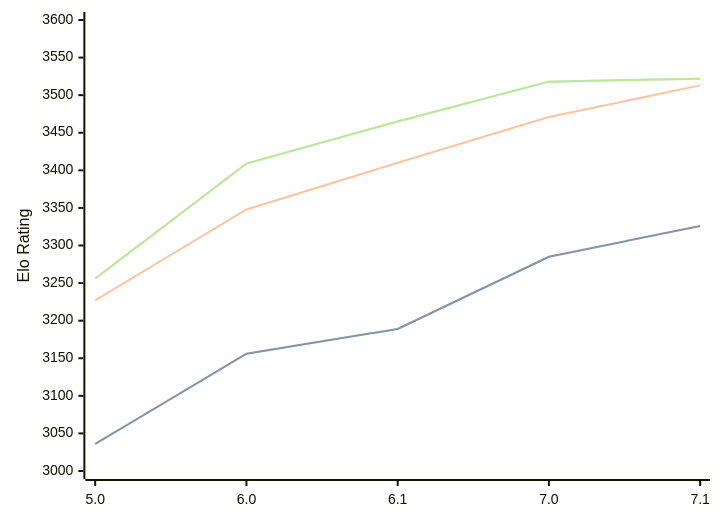
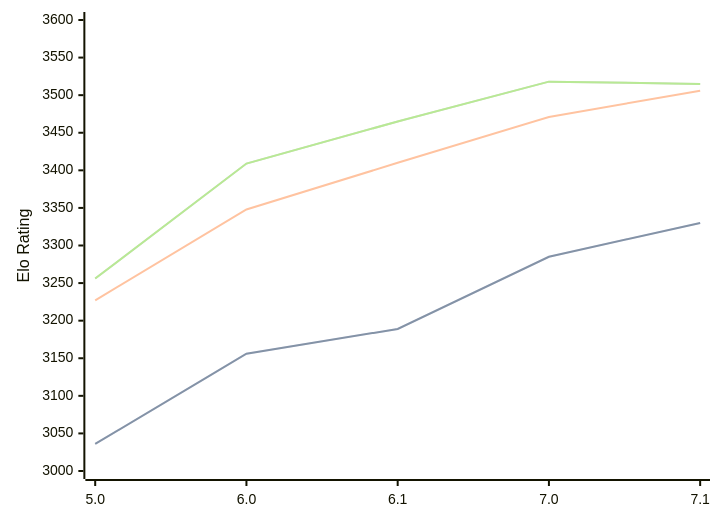
Before and after one commit to computer-chess-index/cci: the first of 3 diagrams in engines/PZChessBot.md, drawn with Mermaid. The commit also changed other lines of this file, not shown here.

Commit message:
Update CCI Ratings (ELO VLTC) - 2026-07-03

````diff
--- a/engines/PZChessBot.md
+++ b/engines/PZChessBot.md
@@ -44,11 +44,11 @@
 ```mermaid
 %%{init: {"theme":"base","themeVariables":{"seriesColors:['#a3a3a3','#222221','#faa371']}}}%%
 xychart-beta
   x-axis ["5.0", "6.0", "6.1", "7.0", "7.1"]
   y-axis "Elo Rating" 3000 --> 3600
-  line "STC (8.0+0.08s)" [3036, 3156, 3189, 3285, 3326]
-  line "STC (8.0+0.08s)" [3036, 3156, 3189, 3285, 3326]
-  line "LTC (60.0+0.60s)" [3227, 3348, 3410, 3471, 3513]
-  line "VLTC (2m24s+1.12s)" [3256, 3409, 3465, 3518, 3522]
-  line "VLTC (2m24s+1.12s)" [3256, 3409, 3465, 3518, 3522]
+  line "STC (8.0+0.08s)" [3036, 3156, 3189, 3285, 3330]
+  line "STC (8.0+0.08s)" [3036, 3156, 3189, 3285, 3330]
+  line "LTC (60.0+0.60s)" [3227, 3348, 3410, 3471, 3506]
+  line "VLTC (2m24s+1.12s)" [3256, 3409, 3465, 3518, 3515]
+  line "VLTC (2m24s+1.12s)" [3256, 3409, 3465, 3518, 3515]
 ```
````
